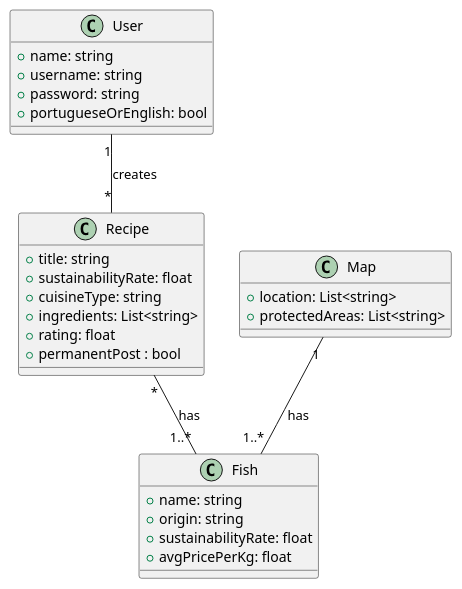
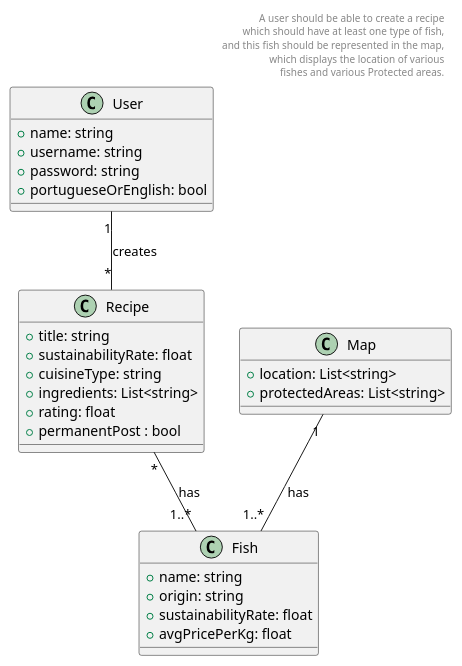
The diagram in model.puml (PedroLunet/MarineChoice), drawn with PlantUML before and after one commit. The commit also changed 15 other files, not shown here.

```diff
--- a/model.puml
+++ b/model.puml
@@ -1,37 +1,45 @@
 @startuml domain modeling
+
+header
+A user should be able to create a recipe 
+which should have at least one type of fish,
+and this fish should be represented in the map,
+which displays the location of various
+fishes and various Protected areas.
+end header
 
 class User {
     + name: string
     + username: string
     + password: string
     + portugueseOrEnglish: bool 
     ' (If true, the app will be in Portuguese, otherwise, it will be in English.)
 }
 
 class Recipe {
     + title: string
     + sustainabilityRate: float
     + cuisineType: string
     + ingredients: List<string>
     + rating: float
     + permanentPost : bool
 }
 
 
 class Fish {
     + name: string
     + origin: string
     + sustainabilityRate: float
     + avgPricePerKg: float
 }
 
 class Map {
     + location: List<string>
     + protectedAreas: List<string>
 }
 
 
 Map "1" -- "1..*" Fish : has
 Recipe "*" -- "1..*" Fish : has
 User "1" -- "*" Recipe : creates
 @enduml
```
